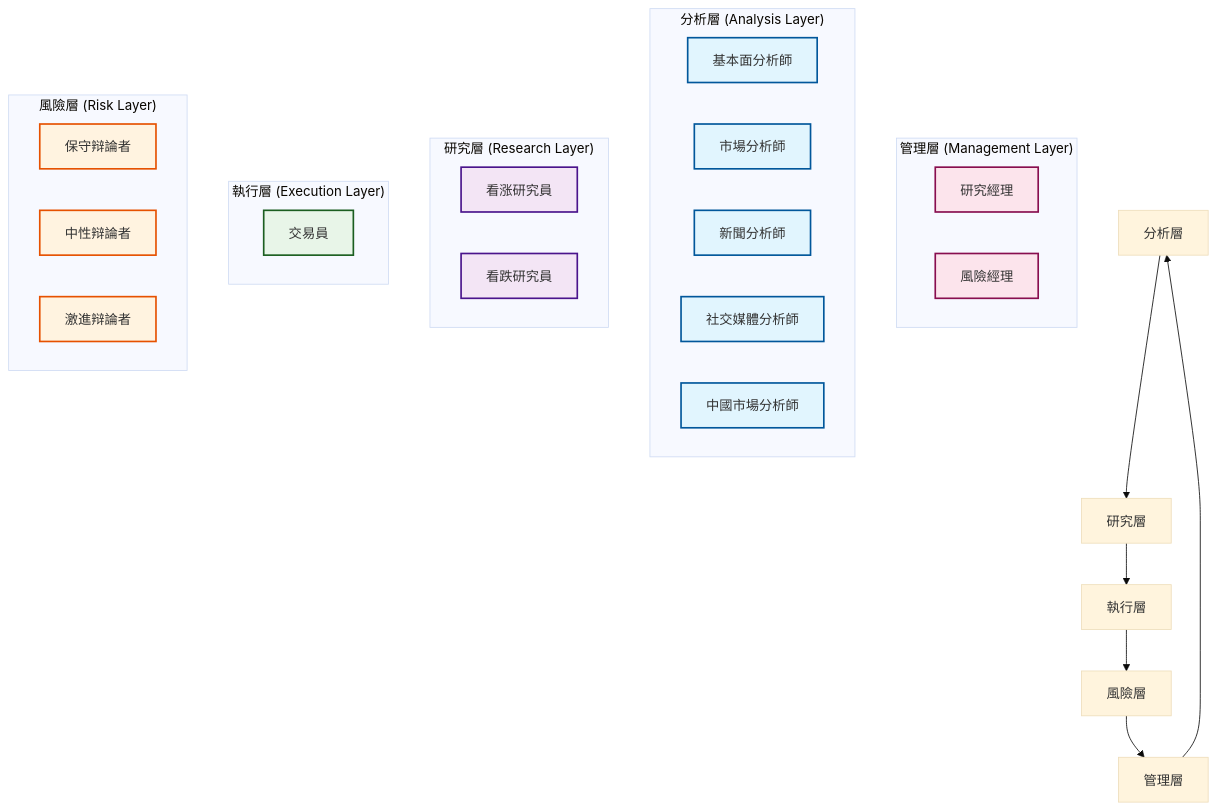
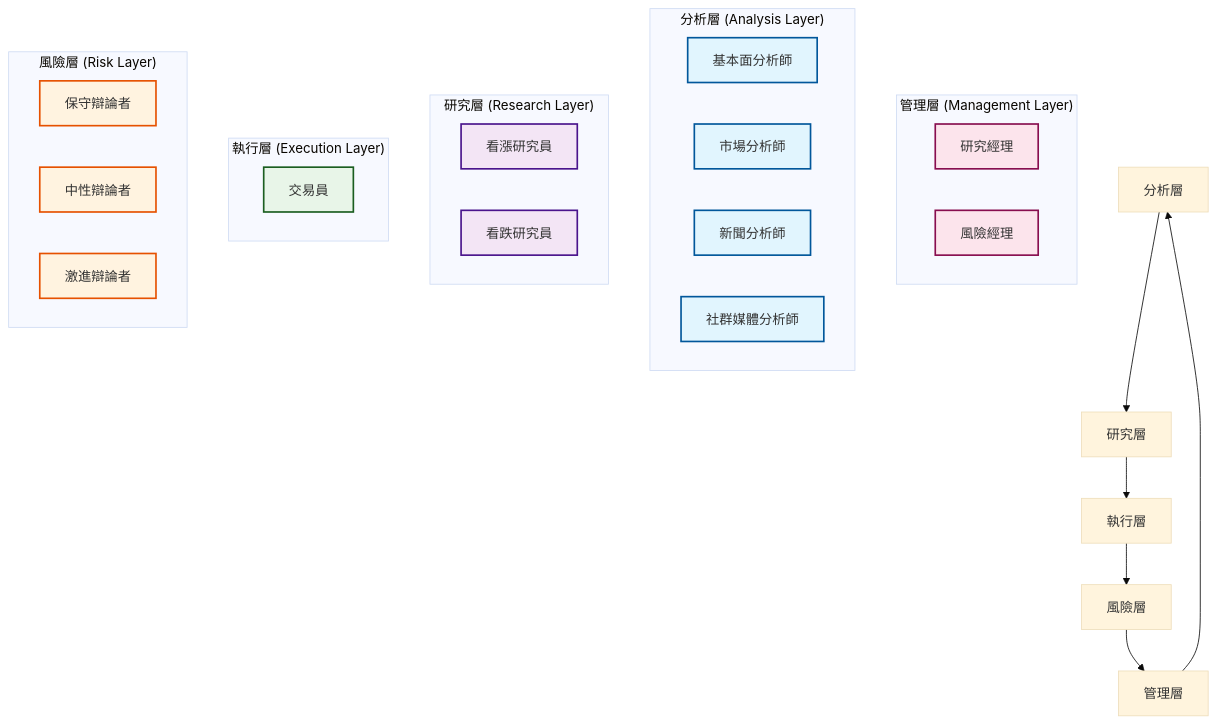
Before and after one commit to aiinpocket/TradingAgents-CN: the diagram in docs/architecture/v0.1.13/agent-architecture.md, drawn with Mermaid (base theme). The commit also changed other lines of this file and 277 other files, not shown here.

````diff
--- a/docs/architecture/v0.1.13/agent-architecture.md
+++ b/docs/architecture/v0.1.13/agent-architecture.md
@@ -13,50 +13,49 @@
 ```mermaid
 graph TD
     subgraph "管理層 (Management Layer)"
         RESMGR[研究經理]
         RISKMGR[風險經理]
     end
-    
+
     subgraph "分析層 (Analysis Layer)"
         FA[基本面分析師]
         MA[市場分析師]
         NA[新聞分析師]
-        SA[社交媒體分析師]
-        CA[中國市場分析師]
+        SA[社群媒體分析師]
     end
-    
+
     subgraph "研究層 (Research Layer)"
-        BR[看涨研究員]
+        BR[看漲研究員]
         BEAR[看跌研究員]
     end
-    
+
     subgraph "執行層 (Execution Layer)"
         TRADER[交易員]
     end
-    
+
     subgraph "風險層 (Risk Layer)"
-        CONSERVATIVE[保守辩論者]
-        NEUTRAL[中性辩論者]
-        AGGRESSIVE[激進辩論者]
+        CONSERVATIVE[保守辯論者]
+        NEUTRAL[中性辯論者]
+        AGGRESSIVE[激進辯論者]
     end
-    
-    %% 數據流向
+
+    %% 資料流向
     分析層 --> 研究層
     研究層 --> 執行層
     執行層 --> 風險層
     風險層 --> 管理層
     管理層 --> 分析層
-    
+
     %% 樣式定義
     classDef analysisNode fill:#e1f5fe,stroke:#01579b,stroke-width:2px
     classDef researchNode fill:#f3e5f5,stroke:#4a148c,stroke-width:2px
     classDef executionNode fill:#e8f5e8,stroke:#1b5e20,stroke-width:2px
     classDef riskNode fill:#fff3e0,stroke:#e65100,stroke-width:2px
     classDef managementNode fill:#fce4ec,stroke:#880e4f,stroke-width:2px
-    
-    class FA,MA,NA,SA,CA analysisNode
+
+    class FA,MA,NA,SA analysisNode
     class BR,BEAR researchNode
     class TRADER executionNode
     class CONSERVATIVE,NEUTRAL,AGGRESSIVE riskNode
     class RESMGR,RISKMGR managementNode
 ```
````
